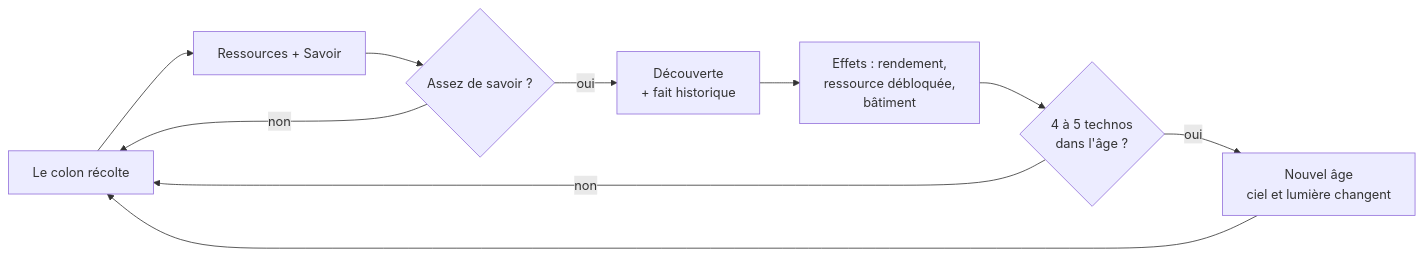
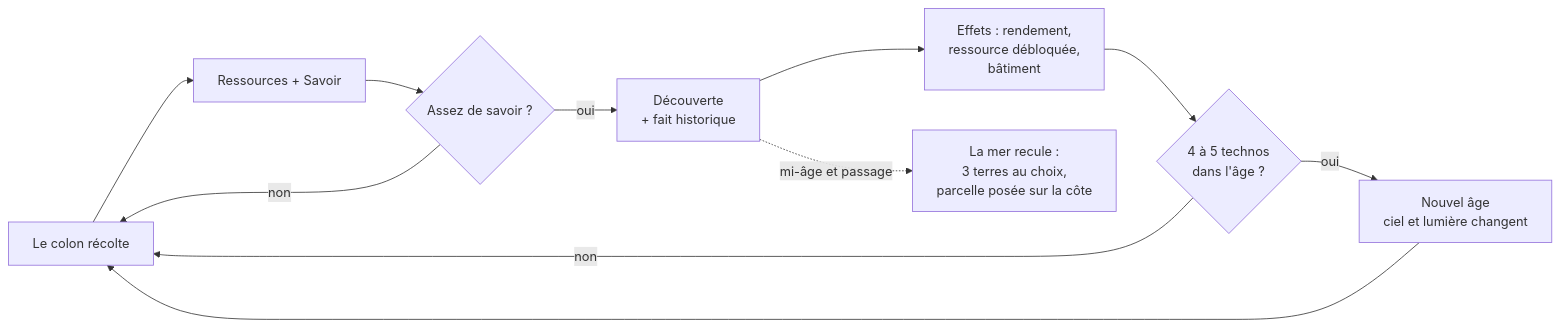
Before and after one commit to Wifsimster/tribu: the first of 3 diagrams in README.md, drawn with Mermaid. The commit also changed other lines of this file and 14 other files, not shown here.

````diff
--- a/README.md
+++ b/README.md
@@ -46,12 +46,13 @@
 ```mermaid
 flowchart LR
     A[Le colon récolte] --> B[Ressources + Savoir]
     B --> C{Assez de savoir ?}
     C -- non --> A
     C -- oui --> D[Découverte<br/>+ fait historique]
     D --> E[Effets : rendement,<br/>ressource débloquée,<br/>bâtiment]
+    D -. mi-âge et passage .-> L[La mer recule :<br/>3 terres au choix,<br/>parcelle posée sur la côte]
     E --> F{4 à 5 technos<br/>dans l'âge ?}
     F -- non --> A
     F -- oui --> G[Nouvel âge<br/>ciel et lumière changent]
     G --> A
 ```
````
